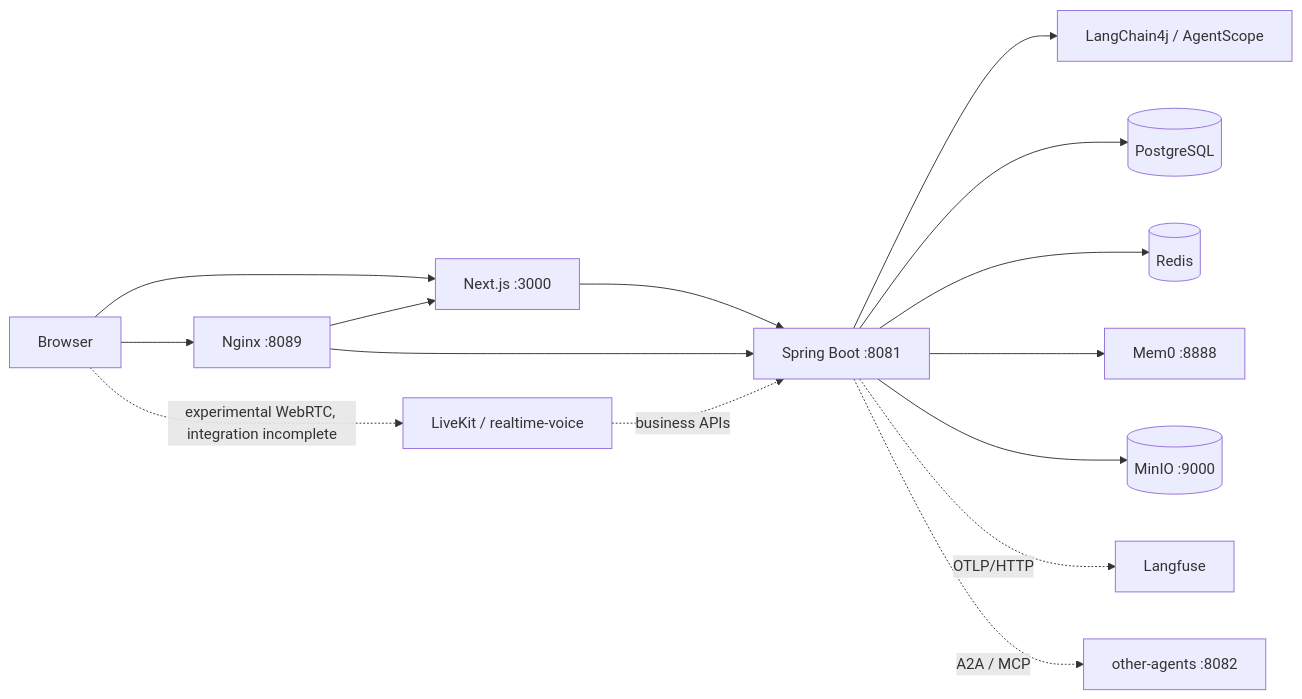
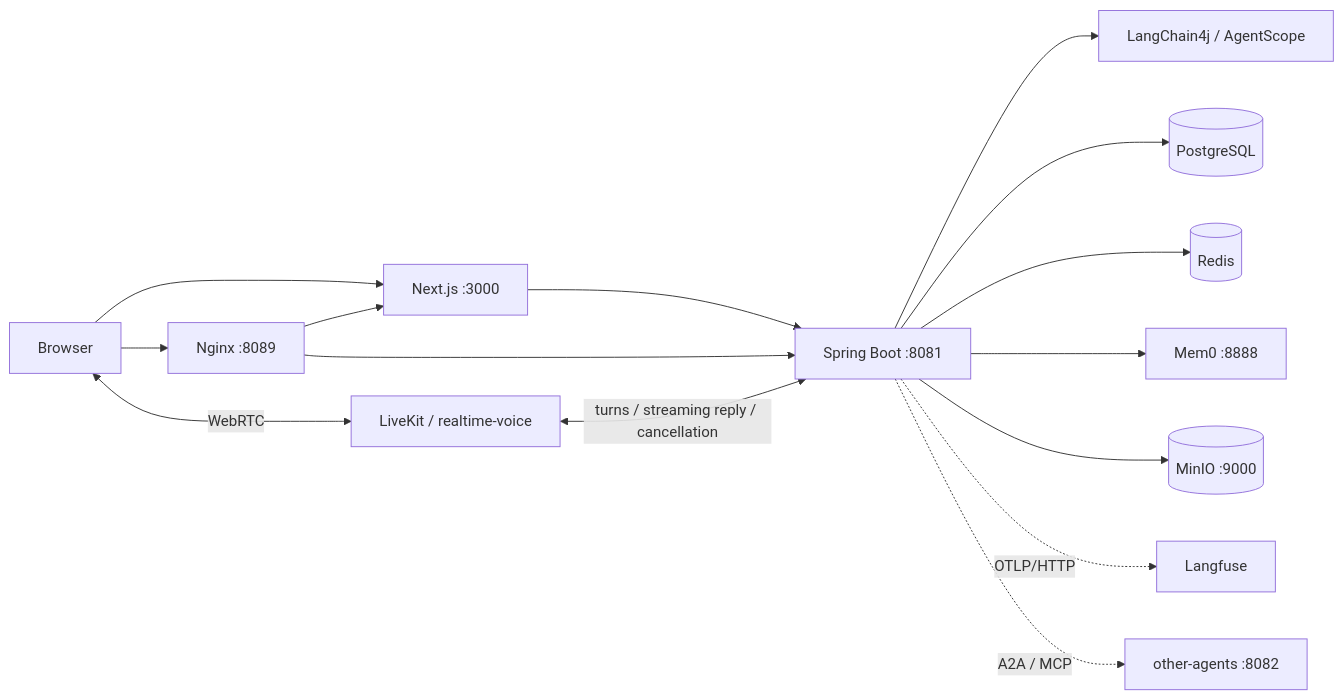
The diagram in README.md (lianglianggege1/h-agent), drawn with Mermaid before and after one commit. The commit also changed other lines of this file and 91 other files, not shown here.

````diff
--- a/README.md
+++ b/README.md
@@ -25,19 +25,19 @@
 ```mermaid
 flowchart LR
     U[Browser] --> F[Next.js :3000]
     U --> N[Nginx :8089]
     N --> F
     N --> B[Spring Boot :8081]
     F --> B
 
     B --> A[LangChain4j / AgentScope]
     B --> P[(PostgreSQL)]
     B --> R[(Redis)]
     B --> M[Mem0 :8888]
     B --> O[(MinIO :9000)]
     B -. OTLP/HTTP .-> L[Langfuse]
     B -. A2A / MCP .-> X[other-agents :8082]
 
-    U -. experimental WebRTC, integration incomplete .-> V[LiveKit / realtime-voice]
-    V -. business APIs .-> B
+    U <-->|WebRTC| V[LiveKit / realtime-voice]
+    V <-->|turns / streaming reply / cancellation| B
 ```
````
